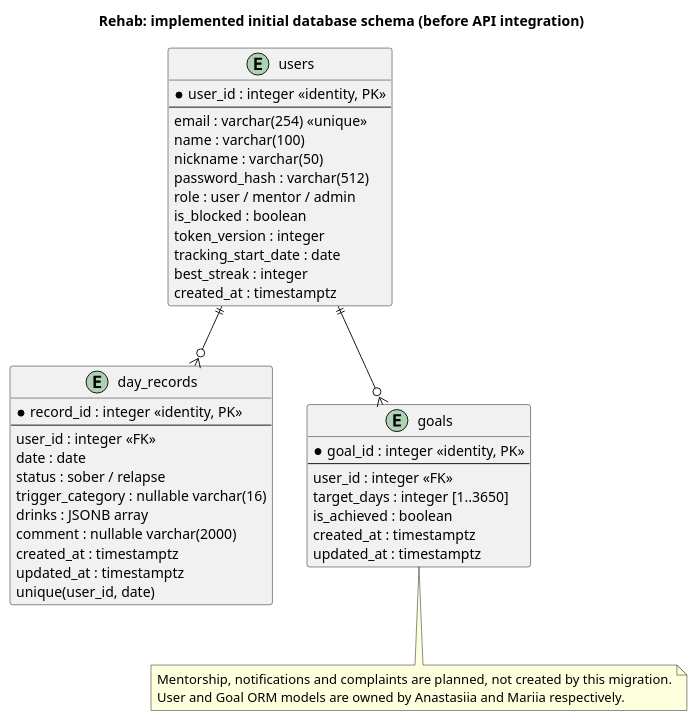
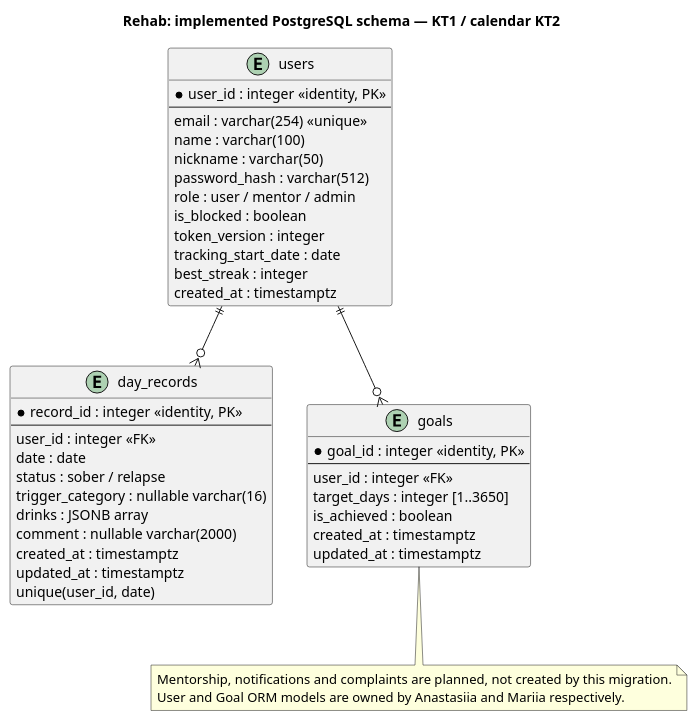
The diagram in docs/architecture/uml/implemented-data-model.puml (ukma-fin-ssdm-2026/Rehab), drawn with PlantUML before and after one commit. The commit also changed 18 other files, not shown here.

```diff
--- a/docs/architecture/uml/implemented-data-model.puml
+++ b/docs/architecture/uml/implemented-data-model.puml
@@ -1,45 +1,45 @@
 @startuml
-title Rehab: implemented initial database schema (before API integration)
+title Rehab: implemented PostgreSQL schema — KT1 / calendar KT2
 entity users {
   * user_id : integer <<identity, PK>>
   --
   email : varchar(254) <<unique>>
   name : varchar(100)
   nickname : varchar(50)
   password_hash : varchar(512)
   role : user / mentor / admin
   is_blocked : boolean
   token_version : integer
   tracking_start_date : date
   best_streak : integer
   created_at : timestamptz
 }
 entity day_records {
   * record_id : integer <<identity, PK>>
   --
   user_id : integer <<FK>>
   date : date
   status : sober / relapse
   trigger_category : nullable varchar(16)
   drinks : JSONB array
   comment : nullable varchar(2000)
   created_at : timestamptz
   updated_at : timestamptz
   unique(user_id, date)
 }
 entity goals {
   * goal_id : integer <<identity, PK>>
   --
   user_id : integer <<FK>>
   target_days : integer [1..3650]
   is_achieved : boolean
   created_at : timestamptz
   updated_at : timestamptz
 }
 users ||--o{ day_records
 users ||--o{ goals
 note bottom
 Mentorship, notifications and complaints are planned, not created by this migration.
 User and Goal ORM models are owned by Anastasiia and Mariia respectively.
 end note
 @enduml
```
